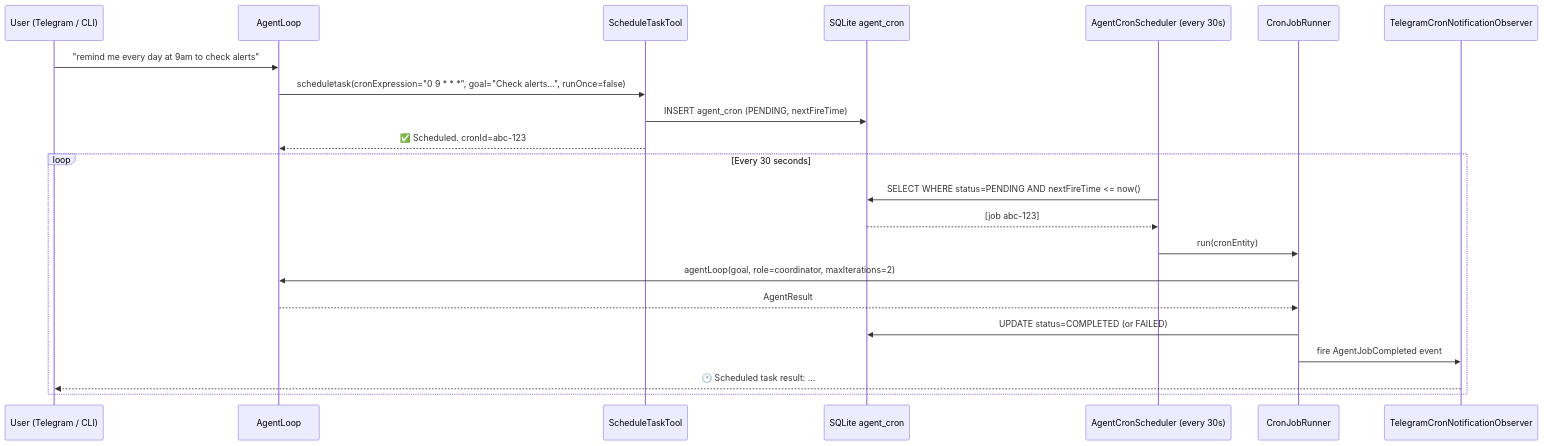
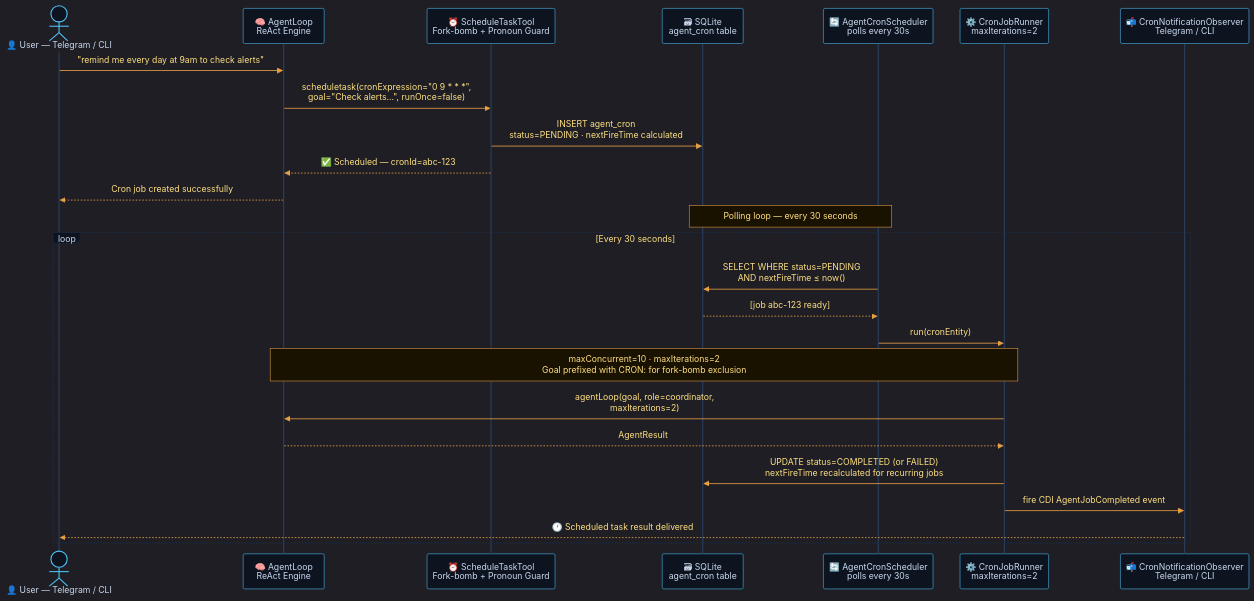
Before and after one commit to rsrini7/AmshaAgent: the sixth of 8 diagrams in README.md, drawn with Mermaid. The commit also changed other lines of this file, not shown here.

First line of the commit message:
docs: enhance README with detailed Mermaid diagrams and flowcharts

````diff
--- a/README.md
+++ b/README.md
@@ -502,26 +636,31 @@
 ```mermaid
+%%{init: {'theme': 'dark', 'themeVariables': {'primaryColor': '#1e2d45', 'primaryTextColor': '#c9d8ee', 'primaryBorderColor': '#4fc3f7', 'lineColor': '#e8a045', 'activationBorderColor': '#e8a045', 'activationBkgColor': '#1a2a3a', 'actorBkg': '#0d1420', 'actorBorder': '#4fc3f7', 'actorTextColor': '#c9d8ee', 'actorLineColor': '#2a4060', 'signalColor': '#e8a045', 'signalTextColor': '#ffe082', 'labelBoxBkgColor': '#0d1420', 'labelBoxBorderColor': '#1e2d45', 'labelTextColor': '#c9d8ee', 'loopTextColor': '#ffe082', 'noteBkgColor': '#1a1200', 'noteBorderColor': '#e8a045', 'noteTextColor': '#ffe082', 'fontSize': '13px'}}}%%
 sequenceDiagram
-    participant U as User (Telegram / CLI)
-    participant AL as AgentLoop
-    participant ST as ScheduleTaskTool
-    participant DB as SQLite agent_cron
-    participant CS as AgentCronScheduler (every 30s)
-    participant CJR as CronJobRunner
-    participant TN as TelegramCronNotificationObserver
+    actor U as 👤 User — Telegram / CLI
+    participant AL as 🧠 AgentLoop<br/>ReAct Engine
+    participant ST as ⏰ ScheduleTaskTool<br/>Fork-bomb + Pronoun Guard
+    participant DB as 🗃 SQLite<br/>agent_cron table
+    participant CS as 🔄 AgentCronScheduler<br/>polls every 30s
+    participant CJR as ⚙️ CronJobRunner<br/>maxIterations=2
+    participant TN as 📬 CronNotificationObserver<br/>Telegram / CLI
 
     U->>AL: "remind me every day at 9am to check alerts"
-    AL->>ST: scheduletask(cronExpression="0 9 * * *", goal="Check alerts...", runOnce=false)
-    ST->>DB: INSERT agent_cron (PENDING, nextFireTime)
-    ST-->>AL: ✅ Scheduled. cronId=abc-123
+    AL->>ST: scheduletask(cronExpression="0 9 * * *",<br/>goal="Check alerts...", runOnce=false)
+    ST->>DB: INSERT agent_cron<br/>status=PENDING · nextFireTime calculated
+    ST-->>AL: ✅ Scheduled — cronId=abc-123
+    AL-->>U: Cron job created successfully
+
+    Note over CS,DB: Polling loop — every 30 seconds
 
     loop Every 30 seconds
-        CS->>DB: SELECT WHERE status=PENDING AND nextFireTime <= now()
-        DB-->>CS: [job abc-123]
+        CS->>DB: SELECT WHERE status=PENDING<br/>AND nextFireTime ≤ now()
+        DB-->>CS: [job abc-123 ready]
         CS->>CJR: run(cronEntity)
-        CJR->>AL: agentLoop(goal, role=coordinator, maxIterations=2)
+        Note over CJR,AL: maxConcurrent=10 · maxIterations=2<br/>Goal prefixed with CRON: for fork-bomb exclusion
+        CJR->>AL: agentLoop(goal, role=coordinator,<br/>maxIterations=2)
         AL-->>CJR: AgentResult
-        CJR->>DB: UPDATE status=COMPLETED (or FAILED)
-        CJR->>TN: fire AgentJobCompleted event
-        TN-->>U: 🕐 Scheduled task result: ...
+        CJR->>DB: UPDATE status=COMPLETED (or FAILED)<br/>nextFireTime recalculated for recurring jobs
+        CJR->>TN: fire CDI AgentJobCompleted event
+        TN-->>U: 🕐 Scheduled task result delivered
     end
 ```
````
